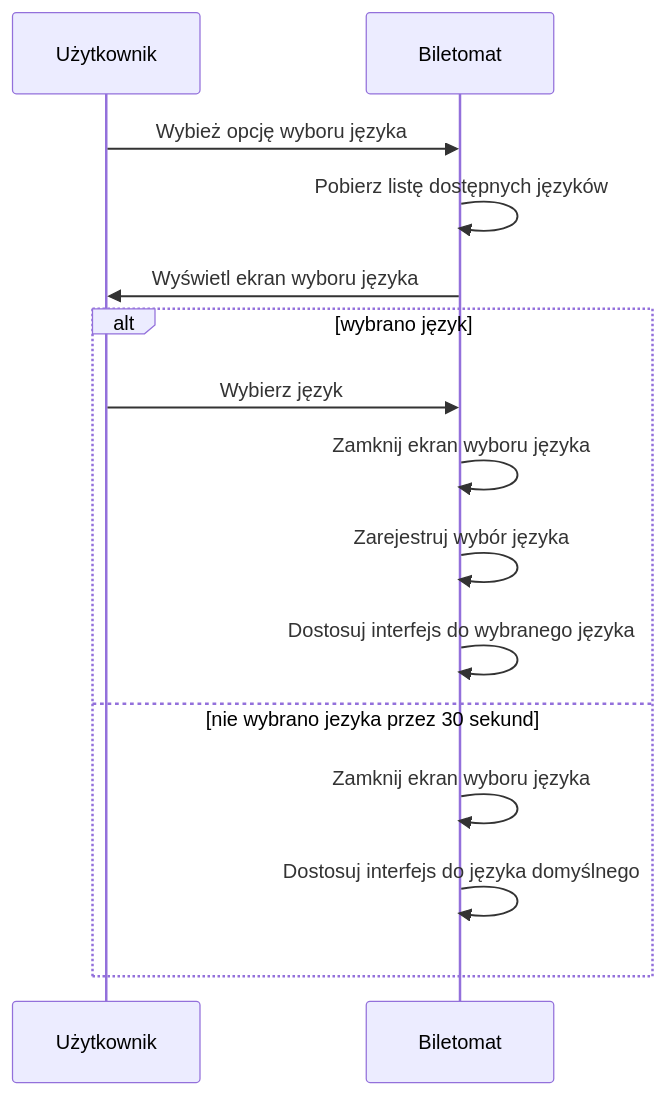
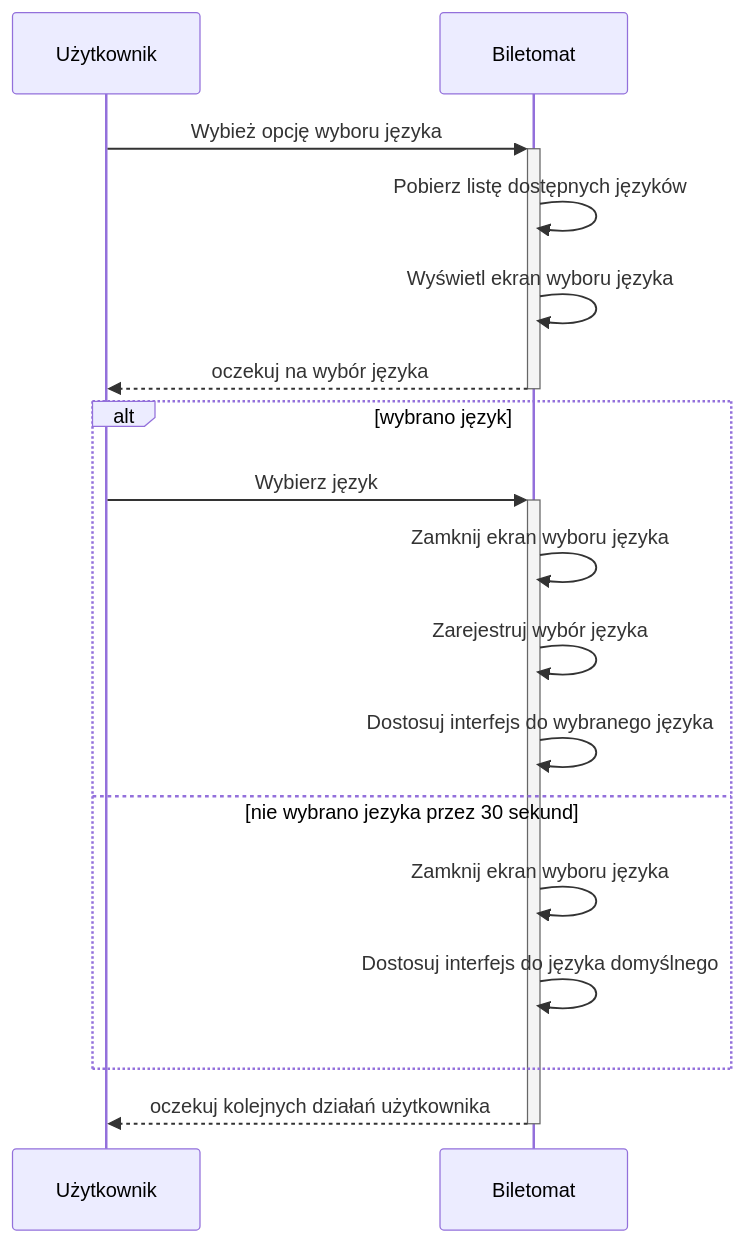
The third of 9 diagrams in biletomat.md (pilukal/MWO), drawn with Mermaid before and after one commit.

Commit message:
Naprawa diagramu sekwencji "obsługa wyboru języka"

````diff
--- a/biletomat.md
+++ b/biletomat.md
@@ -133,20 +133,21 @@
 ```mermaid
 sequenceDiagram
  
     PARTICIPANT USER AS Użytkownik
     PARTICIPANT BT AS Biletomat
-
-    USER->>BT: Wybież opcję wyboru języka
+  
+    USER ->>+ BT: Wybież opcję wyboru języka
     BT->>BT: Pobierz listę dostępnych języków
-    BT->>USER: Wyświetl ekran wyboru języka
+    BT->>BT: Wyświetl ekran wyboru języka
+    BT-->>-USER: oczekuj na wybór języka
     ALT wybrano język
-    USER->>BT: Wybierz język
+    USER->>+BT: Wybierz język
     BT->>BT: Zamknij ekran wyboru języka
     BT->>BT: Zarejestruj wybór języka
     BT->>BT: Dostosuj interfejs do wybranego języka
     ELSE nie wybrano jezyka przez 30 sekund
     BT->>BT: Zamknij ekran wyboru języka
     BT->>BT: Dostosuj interfejs do języka domyślnego
-    
     END
+    BT-->>- USER: oczekuj kolejnych działań użytkownika
 ```
````
